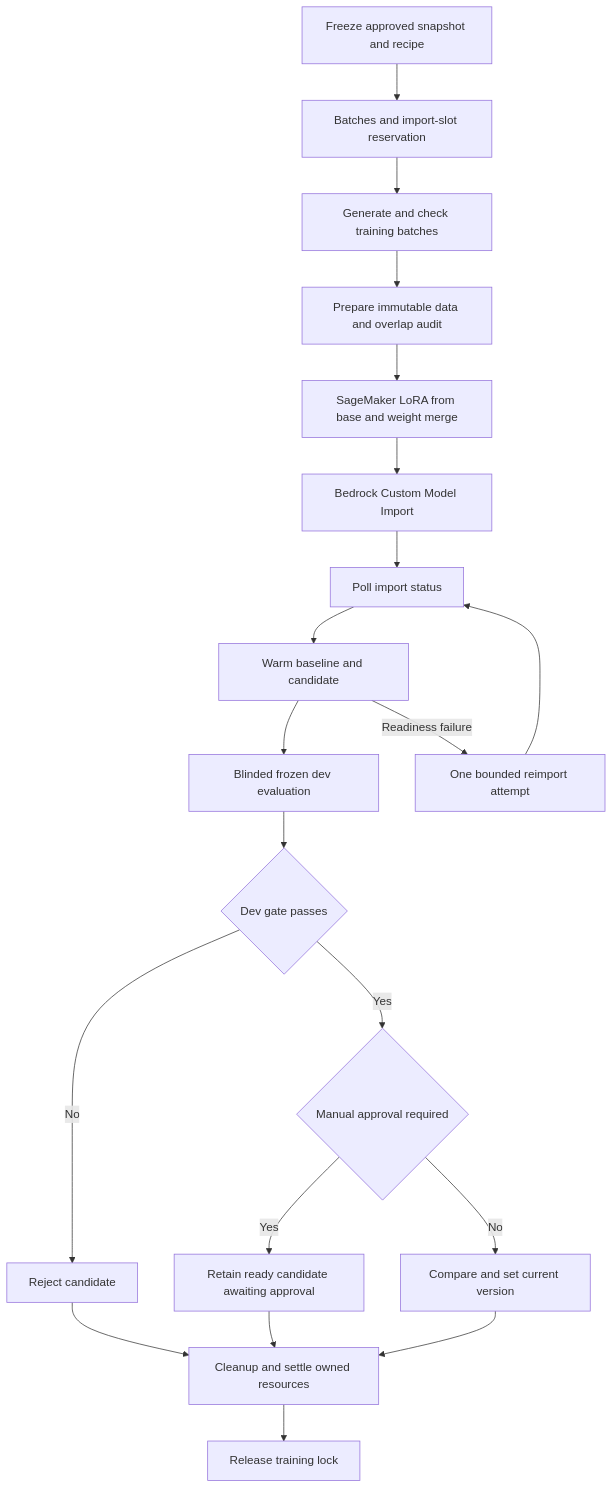
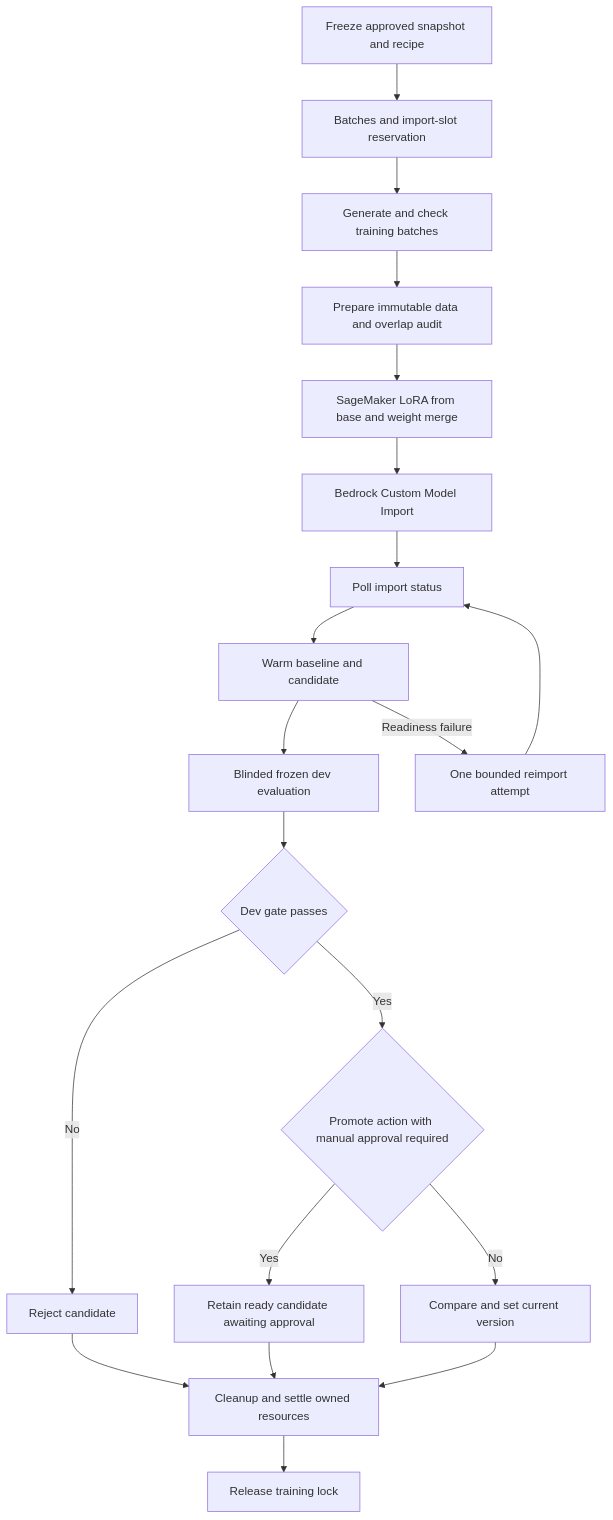
One commit to tysonthomas9/box-aws-hackathon changed the third of 3 diagrams in docs/ARCHITECTURE.md. Above: the diagram before and after it, drawn with Mermaid. The commit also changed other lines of this file, not shown here.

Commit message:
Correct architecture documentation and list models

````diff
--- a/docs/ARCHITECTURE.md
+++ b/docs/ARCHITECTURE.md
@@ -169,22 +195,22 @@
 ```mermaid
 flowchart TD
     Start[Freeze approved snapshot and recipe] --> Batches[Batches and import-slot reservation]
     Batches --> Generate[Generate and check training batches]
     Generate --> Prepare[Prepare immutable data and overlap audit]
     Prepare --> Train[SageMaker LoRA from base and weight merge]
     Train --> Import[Bedrock Custom Model Import]
     Import --> Poll[Poll import status]
     Poll --> Warm[Warm baseline and candidate]
     Warm --> Evaluate[Blinded frozen dev evaluation]
     Evaluate --> Gate{Dev gate passes}
     Gate -->|No| Reject[Reject candidate]
-    Gate -->|Yes| Manual{Manual approval required}
+    Gate -->|Yes| Manual{Promote action with manual approval required}
     Manual -->|Yes| Retain[Retain ready candidate awaiting approval]
     Manual -->|No| Promote[Compare and set current version]
     Reject --> Cleanup[Cleanup and settle owned resources]
     Retain --> Cleanup
     Promote --> Cleanup
     Cleanup --> Release[Release training lock]
     Warm -->|Readiness failure| Retry[One bounded reimport attempt]
     Retry --> Poll
 ```
````
